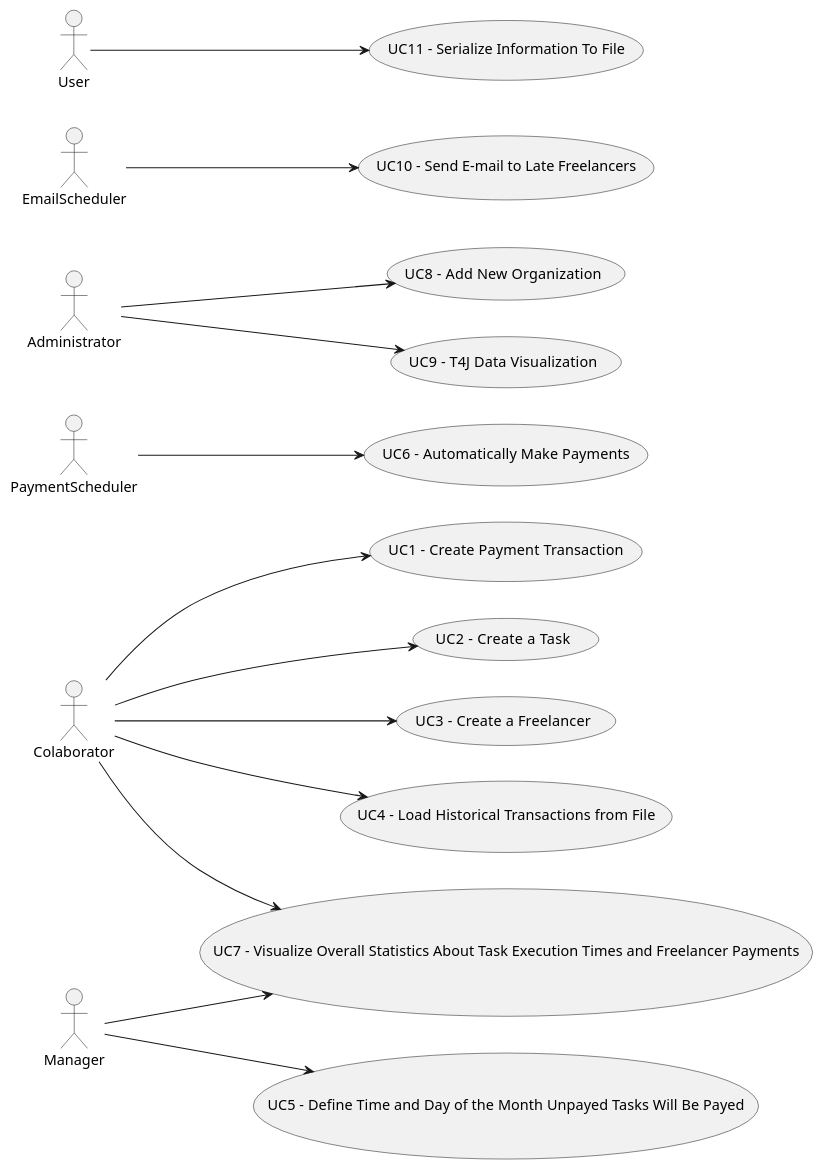
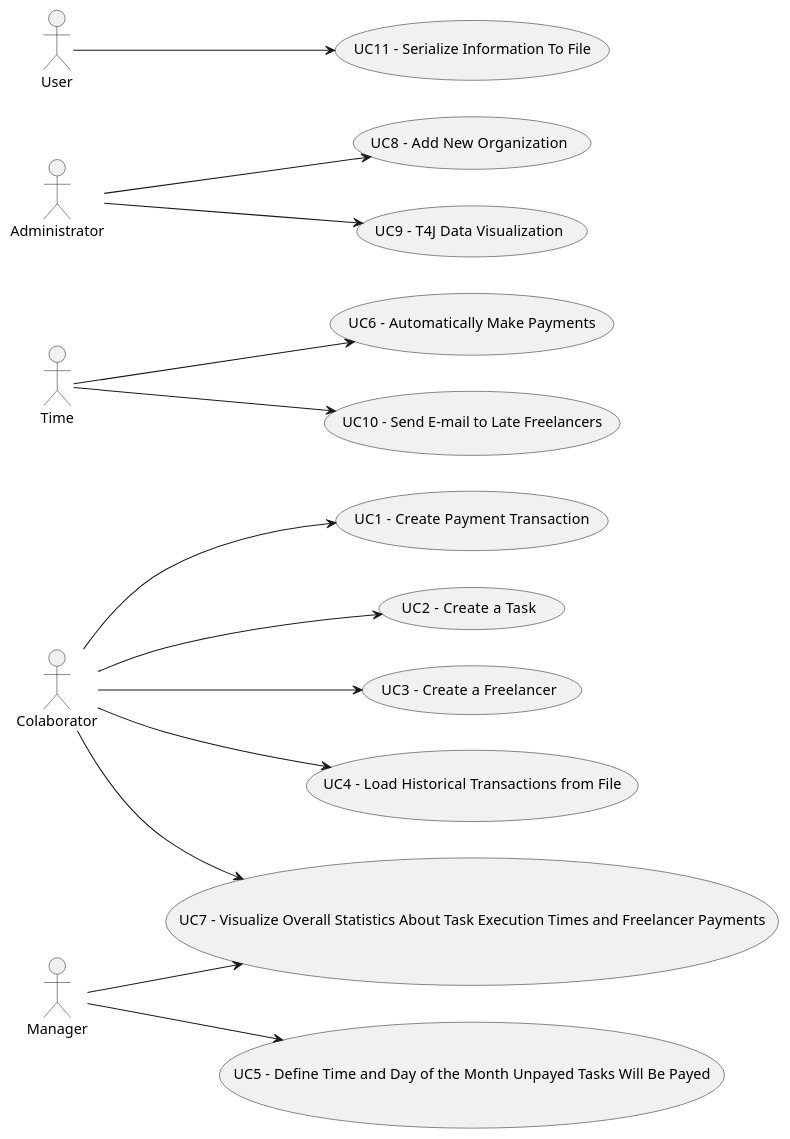
The diagram in docs/DUC/DUC.puml (botelho-io/lapr2-2020-g029), drawn with PlantUML before and after one commit. The commit also changed 4 other files, not shown here.

```diff
--- a/docs/DUC/DUC.puml
+++ b/docs/DUC/DUC.puml
@@ -1,43 +1,42 @@
 @startuml DUC
 
 usecase UC1  as "UC1  - Create Payment Transaction"
 usecase UC2  as "UC2  - Create a Task"
 usecase UC3  as "UC3  - Create a Freelancer"
 usecase UC4  as "UC4  - Load Historical Transactions from File"
 usecase UC5  as "UC5  - Define Time and Day of the Month Unpayed Tasks Will Be Payed"
 usecase UC6  as "UC6  - Automatically Make Payments"
 usecase UC7  as "UC7  - Visualize Overall Statistics About Task Execution Times and Freelancer Payments"
 usecase UC8  as "UC8  - Add New Organization"
 usecase UC9  as "UC9  - T4J Data Visualization"
 usecase UC10 as "UC10 - Send E-mail to Late Freelancers"
 usecase UC11 as "UC11 - Serialize Information To File"
 
 actor Colaborator as C
 actor Manager as M
 actor Administrator as A
-actor PaymentScheduler as S
-actor EmailScheduler as E
+actor Time as T
 actor User as U
 
 left to right direction
 
 C --> (UC1)
 C --> (UC2)
 C --> (UC3)
 C --> (UC4)
 
 M --> (UC5)
 
-S --> (UC6)
+T --> (UC6)
 
 C --> (UC7)
 M --> (UC7)
 
 A --> (UC8)
 A --> (UC9)
 
-E --> (UC10)
+T --> (UC10)
 
 U --> (UC11)
 
 @enduml
```
